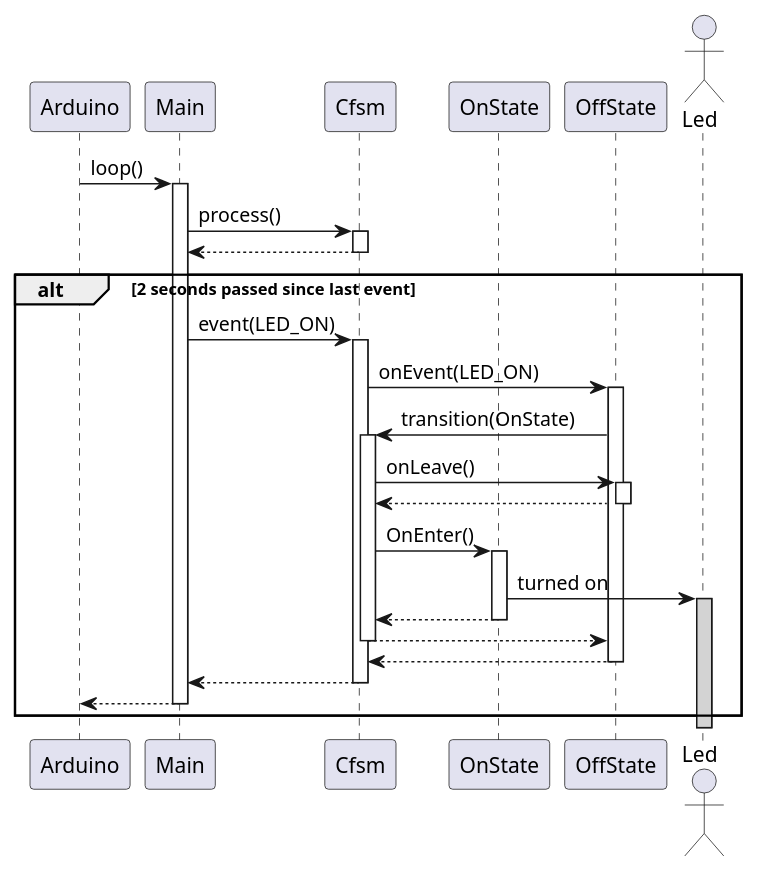
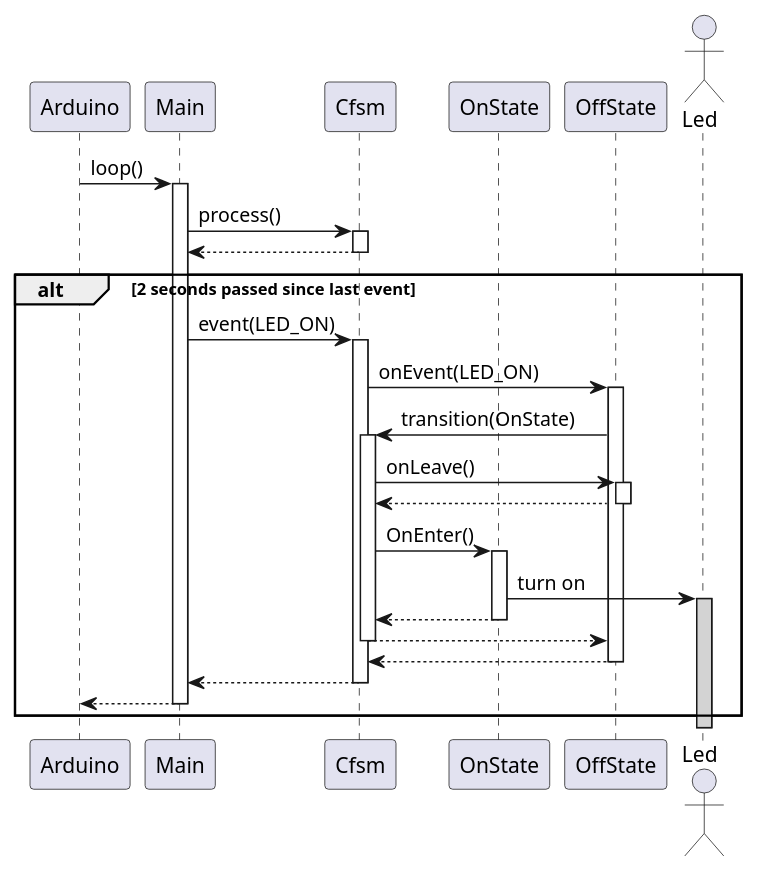
One commit to nhjschulz/cfsm changed the diagram in examples/UnoBlink/doc/BlinkOffToOn.puml. Above: the diagram before and after it, drawn with PlantUML. The commit also changed 35 other files, not shown here.

```diff
--- a/examples/UnoBlink/doc/BlinkOffToOn.puml
+++ b/examples/UnoBlink/doc/BlinkOffToOn.puml
@@ -1,35 +1,37 @@
-@startuml CFSM stateAlias1 --> stateAlias2 : messageOrCond2 <<stereotype1>>
+@startuml CFSM state LED on
+
 autoactivate on
 
 participant Arduino
 participant Main
 participant Cfsm
 participant OnState
 participant OffState
 Actor Led
 
 participant Arduino
 participant Main
 participant Cfsm
 participant OnState
 participant OffState
 Actor Led
 
 Arduino -> Main : loop()
 Main -> Cfsm : process()
 Main <-- Cfsm
 alt 2 seconds passed since last event
 Main -> Cfsm : event(LED_ON)
 Cfsm -> OffState : onEvent(LED_ON)
 Cfsm <- OffState : transition(OnState)
 Cfsm -> OffState : onLeave()
 Cfsm <-- OffState
 Cfsm -> OnState: OnEnter()
-OnState -> Led #LightGray: turned on
+OnState -> Led #LightGray: turn on
 Cfsm <-- OnState
 Cfsm --> OffState
 Cfsm <-- OffState
 Main <-- Cfsm
 Arduino <-- Main
 end
+
 @enduml
```
